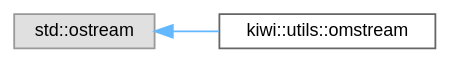
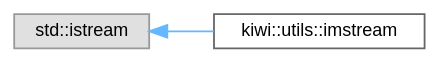
The diagram in inherit_graph_138.dot (bab2min/Kiwi), drawn with Graphviz before and after one commit. The commit also changed 89 other files, not shown here.

```diff
--- a/inherit_graph_138.dot
+++ b/inherit_graph_138.dot
@@ -1,11 +1,11 @@
 digraph "Graphical Class Hierarchy"
 {
  // LATEX_PDF_SIZE
   bgcolor="transparent";
   edge [fontname=Helvetica,fontsize=10,labelfontname=Helvetica,labelfontsize=10];
   node [fontname=Helvetica,fontsize=10,shape=box,height=0.2,width=0.4];
   rankdir="LR";
-  Node0 [id="Node000000",label="std::ostream",height=0.2,width=0.4,color="grey60", fillcolor="#E0E0E0", style="filled",tooltip=" "];
-  Node0 -> Node1 [id="edge23_Node000000_Node000001",dir="back",color="steelblue1",style="solid",tooltip=" "];
-  Node1 [id="Node000001",label="kiwi::utils::omstream",height=0.2,width=0.4,color="grey40", fillcolor="white", style="filled",URL="$classkiwi_1_1utils_1_1omstream.html",tooltip=" "];
+  Node0 [id="Node000000",label="std::istream",height=0.2,width=0.4,color="grey60", fillcolor="#E0E0E0", style="filled",tooltip=" "];
+  Node0 -> Node1 [id="edge22_Node000000_Node000001",dir="back",color="steelblue1",style="solid",tooltip=" "];
+  Node1 [id="Node000001",label="kiwi::utils::imstream",height=0.2,width=0.4,color="grey40", fillcolor="white", style="filled",URL="$classkiwi_1_1utils_1_1imstream.html",tooltip=" "];
 }
```
